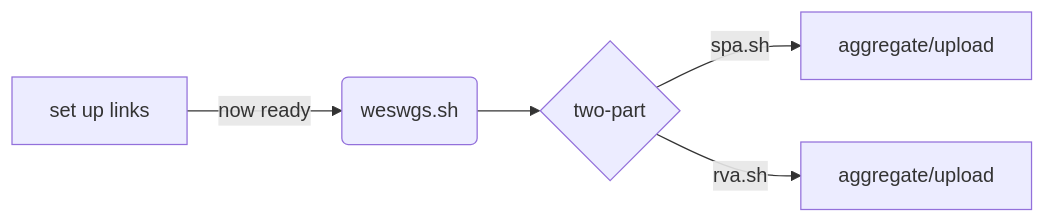
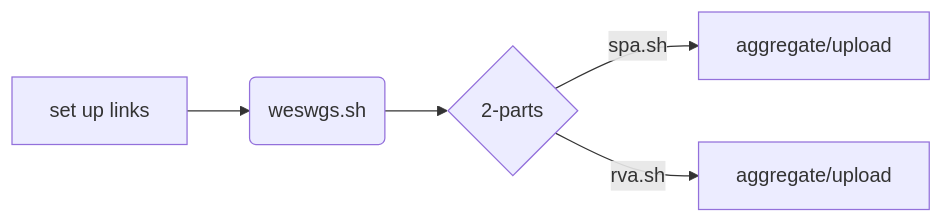
Before and after one commit to jinghuazhao/SCALLOP-Seq: the diagram in README.md, drawn with Mermaid.

````diff
--- a/README.md
+++ b/README.md
@@ -15,7 +15,7 @@
 ```mermaid
 graph LR;
-A[set up links] -->|now ready|B(weswgs.sh);
-    B --> C{two-part};
+A[set up links] -->B(weswgs.sh);
+    B --> C{2-parts};
     C -->|spa.sh| D[aggregate/upload];
     C -->|rva.sh| E[aggregate/upload];
 ```
````
